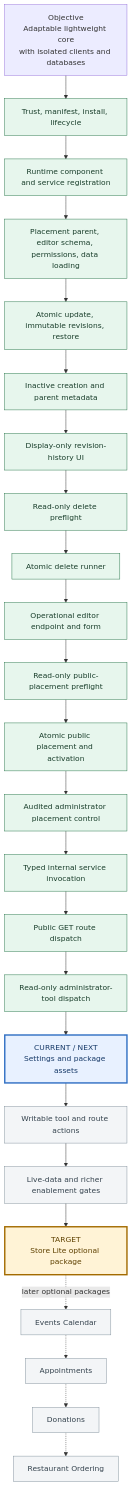
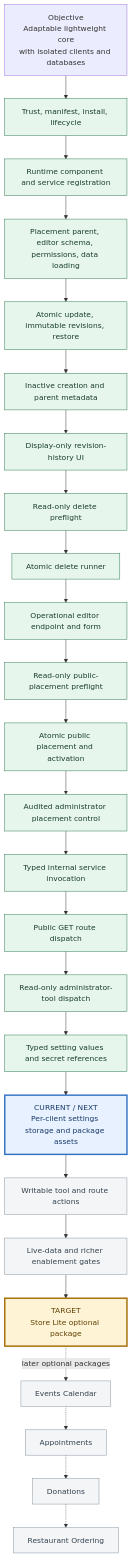
Before and after one commit to orojas01-glitch/redcms: the diagram in docs/ADD-ON-PLATFORM-STATUS.md, drawn with Mermaid. The commit also changed other lines of this file and 13 other files, not shown here.

Commit message:
Add typed add-on setting values

````diff
--- a/docs/ADD-ON-PLATFORM-STATUS.md
+++ b/docs/ADD-ON-PLATFORM-STATUS.md
@@ -7,36 +7,37 @@
 ```mermaid
 flowchart TD
     O["Objective<br/>Adaptable lightweight core<br/>with isolated clients and databases"]
     O --> F1["Trust, manifest, install, lifecycle"]
     F1 --> F2["Runtime component and service registration"]
     F2 --> F3["Placement parent, editor schema, permissions, data loading"]
     F3 --> F4["Atomic update, immutable revisions, restore"]
     F4 --> F5["Inactive creation and parent metadata"]
     F5 --> F6["Display-only revision-history UI"]
     F6 --> F7["Read-only delete preflight"]
     F7 --> F8["Atomic delete runner"]
     F8 --> F9["Operational editor endpoint and form"]
     F9 --> F10["Read-only public-placement preflight"]
     F10 --> F11["Atomic public placement and activation"]
     F11 --> F12["Audited administrator placement control"]
     F12 --> F13["Typed internal service invocation"]
     F13 --> F14["Public GET route dispatch"]
     F14 --> F15["Read-only administrator-tool dispatch"]
-    F15 --> C["CURRENT / NEXT<br/>Settings and package assets"]
+    F15 --> F16["Typed setting values and secret references"]
+    F16 --> C["CURRENT / NEXT<br/>Per-client settings storage and package assets"]
     C --> G4["Writable tool and route actions"]
     G4 --> G5["Live-data and richer enablement gates"]
     G5 --> S["TARGET<br/>Store Lite optional package"]
     S -. later optional packages .-> E["Events Calendar"]
     E -.-> A["Appointments"]
     A -.-> D["Donations"]
     D -.-> R["Restaurant Ordering"]
 
     classDef complete fill:#e7f6ed,stroke:#27764a,color:#183d2a;
     classDef current fill:#e8f1ff,stroke:#2f6fc3,color:#173a68,stroke-width:3px;
     classDef remaining fill:#f3f5f7,stroke:#82909c,color:#34424d;
     classDef target fill:#fff3d6,stroke:#a36b00,color:#5e4100,stroke-width:3px;
-    class F1,F2,F3,F4,F5,F6,F7,F8,F9,F10,F11,F12,F13,F14,F15 complete;
+    class F1,F2,F3,F4,F5,F6,F7,F8,F9,F10,F11,F12,F13,F14,F15,F16 complete;
     class C current;
     class G4,G5,E,A,D,R remaining;
     class S target;
 ```
````
